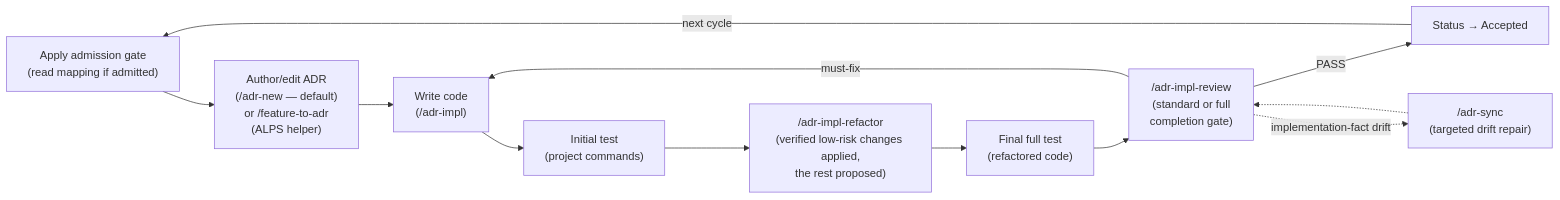
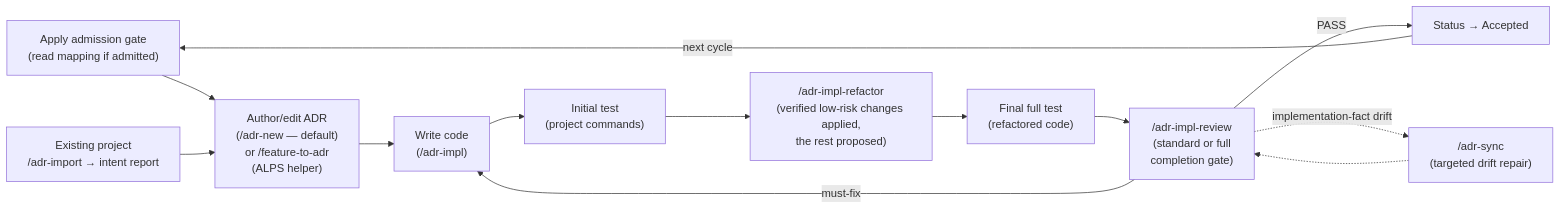
One commit to haandol/alps-writer-plugins changed the first of 2 diagrams in docs/usage.md. Above: the diagram before and after it, drawn with Mermaid. The commit also changed other lines of this file and 124 other files, not shown here.

First line of the commit message:
feat(adr): add brownfield import and release 0.9.0 (#30)

````diff
--- a/docs/usage.md
+++ b/docs/usage.md
@@ -9,14 +9,15 @@
 ```mermaid
 flowchart LR
     A["Apply admission gate<br/>(read mapping if admitted)"] --> B["Author/edit ADR<br/>(/adr-new — default)<br/>or /feature-to-adr<br/>(ALPS helper)"]
+    Existing["Existing project<br/>/adr-import → intent report"] --> B
     B --> C["Write code<br/>(/adr-impl)"]
     C --> D["Initial test<br/>(project commands)"]
     D --> F["/adr-impl-refactor<br/>(verified low-risk changes applied,<br/>the rest proposed)"]
     F --> V["Final full test<br/>(refactored code)"]
     V --> R["/adr-impl-review<br/>(standard or full<br/>completion gate)"]
     R -->|PASS| P["Status → Accepted"]
     R -->|must-fix| C
     P -->|next cycle| A
     R -.->|implementation-fact drift| E["/adr-sync<br/>(targeted drift repair)"]
     E -.-> R
 ```
````
